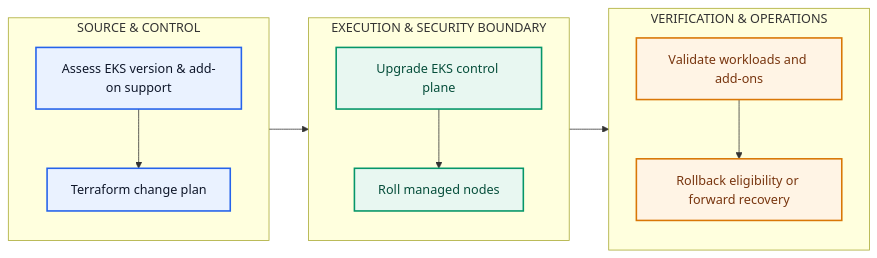
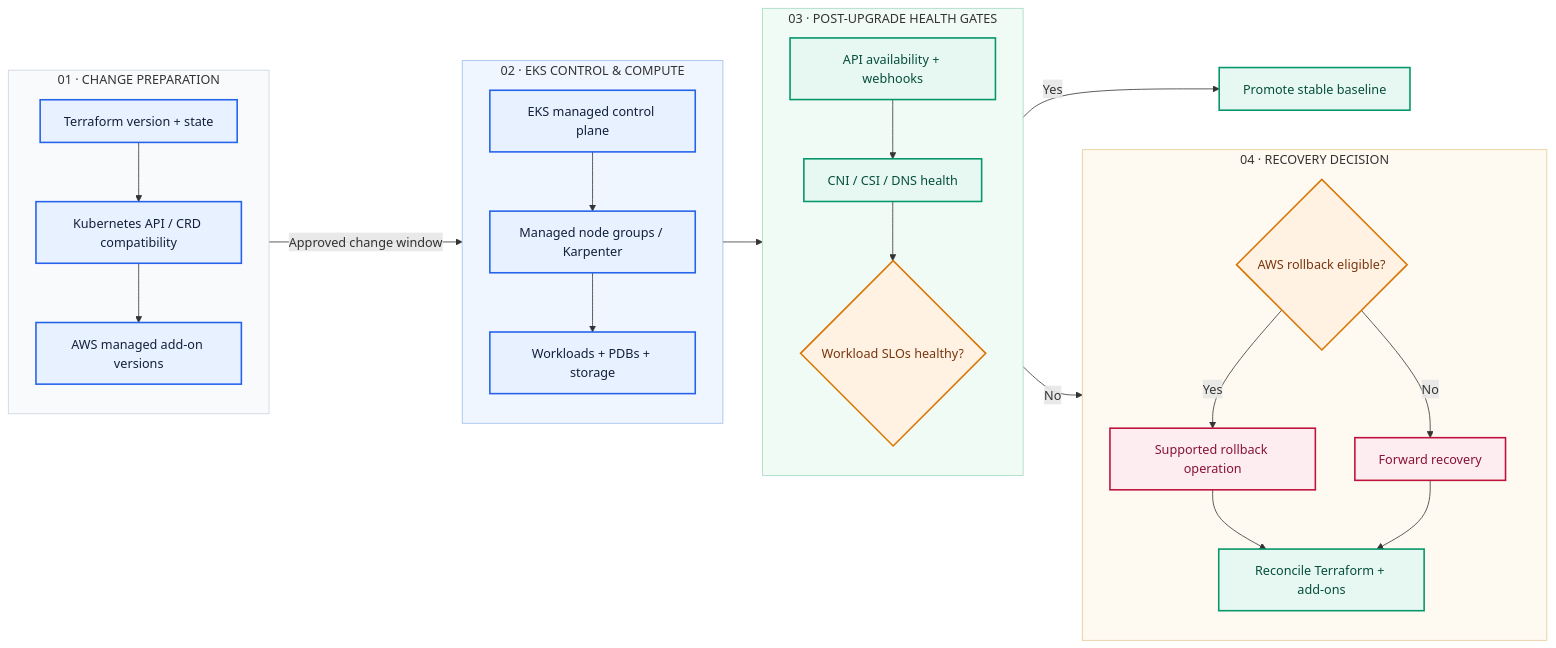
One commit to platform-engineering-labz/platform-engineering changed the diagram in engineering-reference/guides/aws/eks-upgrade-rollback/diagram.mmd. Above: the diagram before and after it, drawn with Mermaid. The commit also changed 2 other files, not shown here.

Commit message:
docs: replace security, EKS and EOL sketches with detailed architecture views

```diff
--- a/engineering-reference/guides/aws/eks-upgrade-rollback/diagram.mmd
+++ b/engineering-reference/guides/aws/eks-upgrade-rollback/diagram.mmd
@@ -1,21 +1,47 @@
 flowchart LR
-  subgraph S0["SOURCE & CONTROL"]
-    direction TB
-    N0["Assess EKS version & add-on support"] --> N1["Terraform change plan"]
-  end
-  subgraph S1["EXECUTION & SECURITY BOUNDARY"]
-    direction TB
-    N2["Upgrade EKS control plane"] --> N3["Roll managed nodes"]
-  end
-  N1 --> N2
-  subgraph S2["VERIFICATION & OPERATIONS"]
-    direction TB
-    N4["Validate workloads and add-ons"] --> N5["Rollback eligibility or forward recovery"]
-  end
-  N3 --> N4
-  classDef blue fill:#EAF2FF,stroke:#2563EB,stroke-width:2px,color:#0F172A
-  classDef green fill:#E8F7F1,stroke:#059669,stroke-width:2px,color:#064E3B
-  classDef amber fill:#FFF4E5,stroke:#D97706,stroke-width:2px,color:#78350F
-  class N0,N1 blue
-  class N2,N3 green
-  class N4,N5 amber
+ subgraph PLAN["01 · CHANGE PREPARATION"]
+  direction TB
+  TF["Terraform version + state"]
+  COMP["Kubernetes API / CRD compatibility"]
+  ADDON["AWS managed add-on versions"]
+  TF --> COMP --> ADDON
+ end
+ subgraph EKS["02 · EKS CONTROL & COMPUTE"]
+  direction TB
+  CP["EKS managed control plane"]
+  NODES["Managed node groups / Karpenter"]
+  PODS["Workloads + PDBs + storage"]
+  CP --> NODES --> PODS
+ end
+ subgraph GATE["03 · POST-UPGRADE HEALTH GATES"]
+  direction TB
+  API["API availability + webhooks"]
+  NET["CNI / CSI / DNS health"]
+  READY{"Workload SLOs healthy?"}
+  API --> NET --> READY
+ end
+ subgraph REC["04 · RECOVERY DECISION"]
+  direction TB
+  ELIG{"AWS rollback eligible?"}
+  BACK["Supported rollback operation"]
+  FIX["Forward recovery"]
+  SYNC["Reconcile Terraform + add-ons"]
+  ELIG -->|Yes| BACK --> SYNC
+  ELIG -->|No| FIX --> SYNC
+ end
+ ADDON -->|"Approved change window"| CP
+ PODS --> API
+ READY -->|No| ELIG
+ READY -->|Yes| DONE["Promote stable baseline"]
+ classDef blue fill:#E8F1FF,stroke:#2563EB,stroke-width:2px,color:#12213A
+ classDef teal fill:#E7F8F3,stroke:#059669,stroke-width:2px,color:#064E3B
+ classDef amber fill:#FFF2E2,stroke:#D97706,stroke-width:2px,color:#78350F
+ classDef risk fill:#FDECF0,stroke:#BE123C,stroke-width:2px,color:#881337
+ class TF,COMP,ADDON,CP,NODES,PODS blue
+ class API,NET,DONE,SYNC teal
+ class READY,ELIG amber
+ class BACK,FIX risk
+ style PLAN fill:#F8FAFC,stroke:#CBD5E1
+ style EKS fill:#F0F6FF,stroke:#9ABCEB
+ style GATE fill:#F0FBF6,stroke:#A3D9C0
+ style REC fill:#FFFAF1,stroke:#E6C990
```
